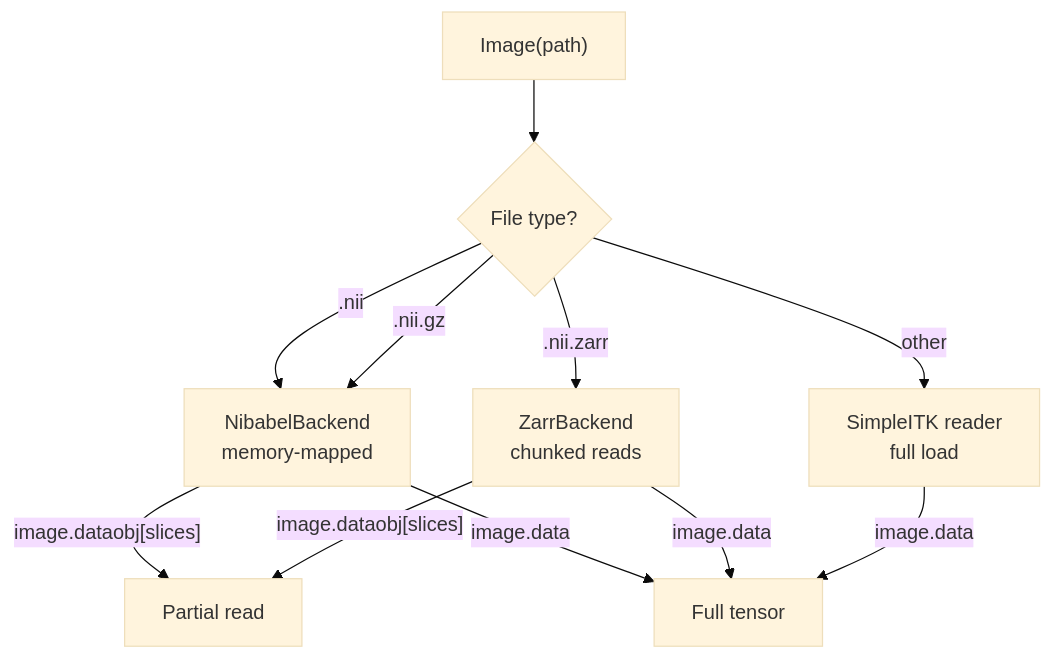
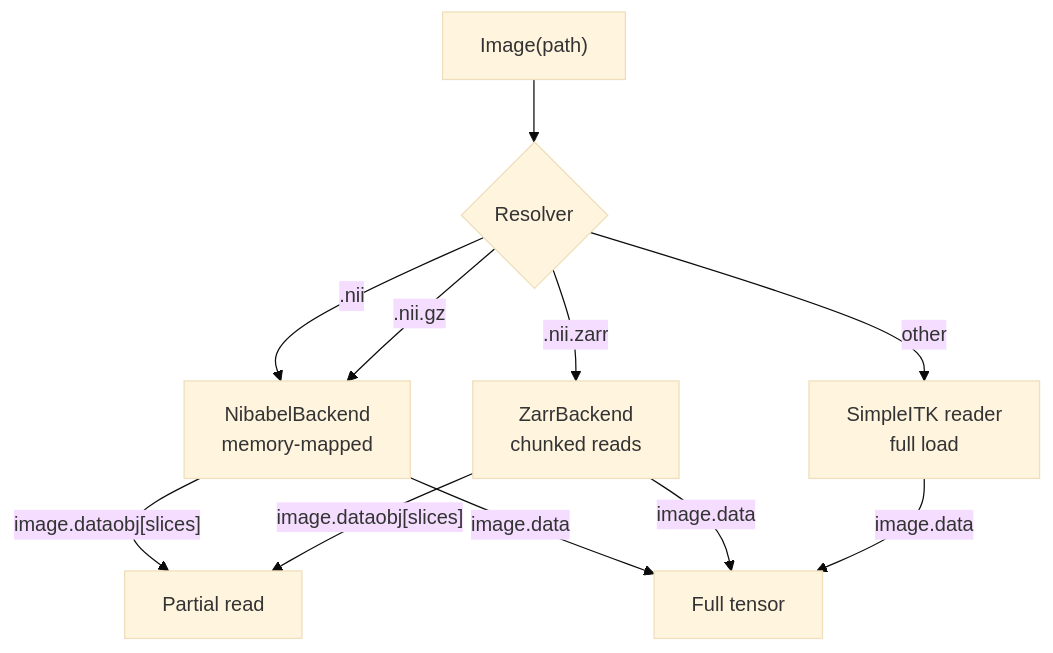
Before and after one commit to TorchIO-project/torchio: the diagram in docs/tutorials/large-volumes.md, drawn with Mermaid (base theme). The commit also changed other lines of this file and 12 other files, not shown here.

````diff
--- a/docs/tutorials/large-volumes.md
+++ b/docs/tutorials/large-volumes.md
@@ -86,14 +90,14 @@
 ```mermaid
 flowchart TD
-    I["Image(path)"] --> check{File type?}
+    I["Image(path)"] --> check{Resolver}
     check -->|".nii"| NB[NibabelBackend<br/>memory-mapped]
     check -->|".nii.gz"| NB
     check -->|".nii.zarr"| ZB[ZarrBackend<br/>chunked reads]
     check -->|other| SITK[SimpleITK reader<br/>full load]
 
     NB -->|"image.dataobj[slices]"| partial[Partial read]
     ZB -->|"image.dataobj[slices]"| partial
     NB -->|"image.data"| full[Full tensor]
     ZB -->|"image.data"| full
     SITK -->|"image.data"| full
 ```
````
